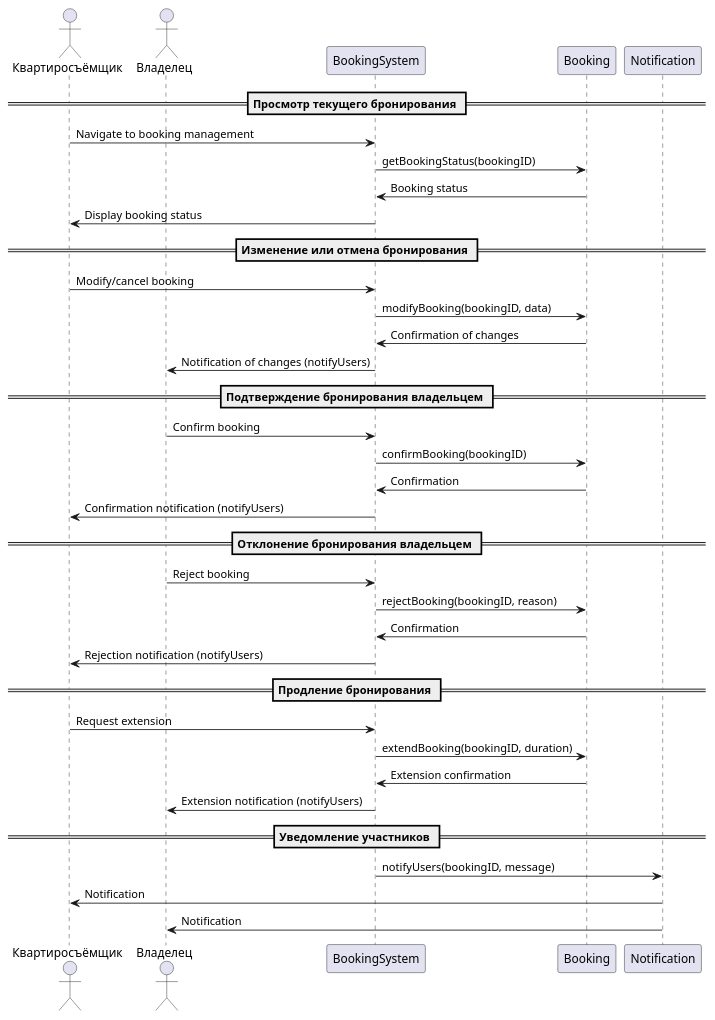
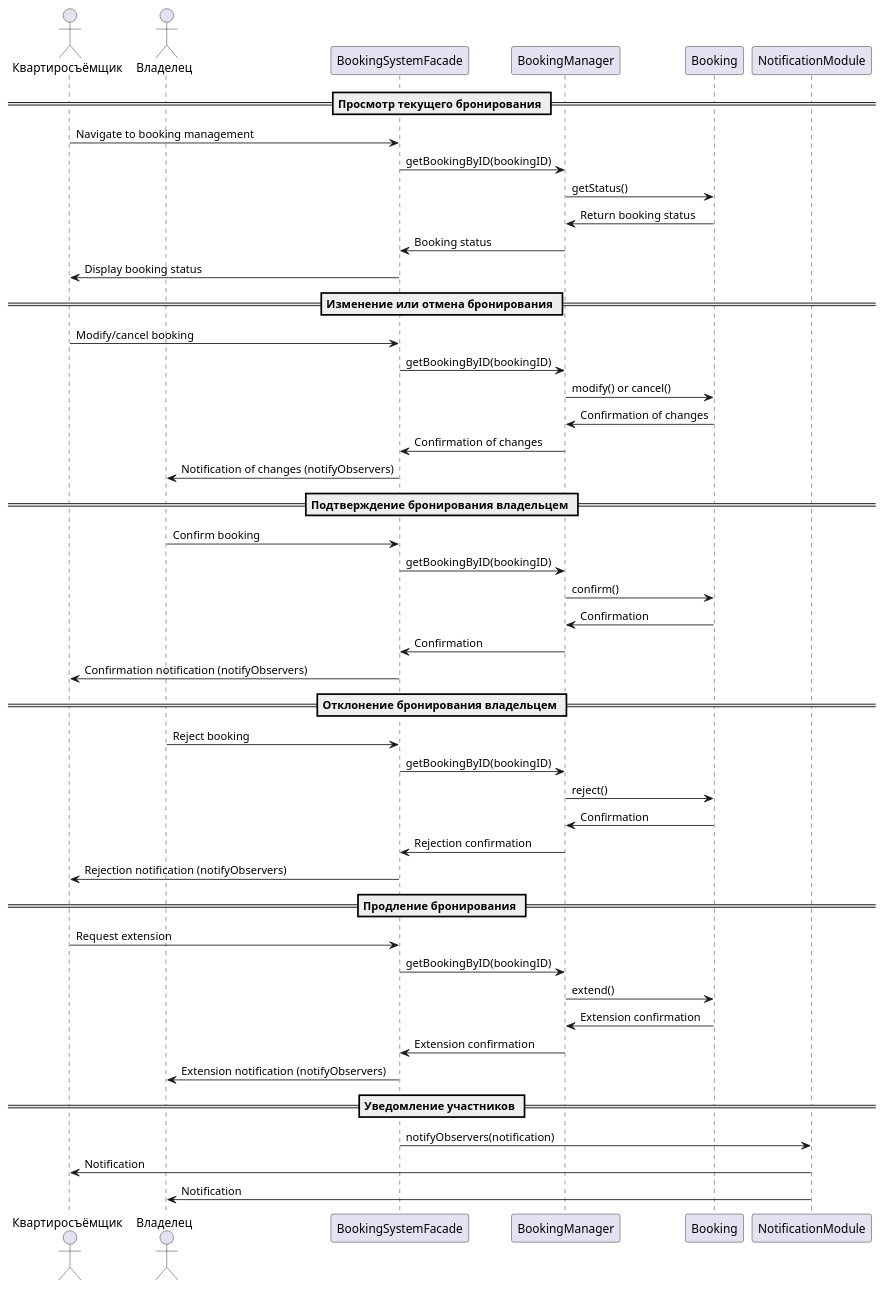
One commit to penamarth/bsbo-01-22_team4_var8 changed the diagram in precedents/BookingManagement/BookingManagementDiagramm.md. Above: the diagram before and after it, drawn with PlantUML. The commit also changed 2 other files, not shown here.

Commit message:
update booking precedent

````diff
--- a/precedents/BookingManagement/BookingManagementDiagramm.md
+++ b/precedents/BookingManagement/BookingManagementDiagramm.md
@@ -1,47 +1,59 @@
 ```plantuml
 
 @startuml
 actor Квартиросъёмщик
 actor Владелец
-participant "BookingSystem" as System
+participant "BookingSystemFacade" as System
+participant "BookingManager" as BookingManager
 participant "Booking" as Booking
-participant "Notification" as NotificationService
+participant "NotificationModule" as NotificationModule
 
 == Просмотр текущего бронирования ==
 Квартиросъёмщик -> System: Navigate to booking management
-System -> Booking: getBookingStatus(bookingID)
-Booking -> System: Booking status
+System -> BookingManager: getBookingByID(bookingID)
+BookingManager -> Booking: getStatus()
+Booking -> BookingManager: Return booking status
+BookingManager -> System: Booking status
 System -> Квартиросъёмщик: Display booking status
 
 == Изменение или отмена бронирования ==
 Квартиросъёмщик -> System: Modify/cancel booking
-System -> Booking: modifyBooking(bookingID, data)
-Booking -> System: Confirmation of changes
-System -> Владелец: Notification of changes (notifyUsers)
+System -> BookingManager: getBookingByID(bookingID)
+BookingManager -> Booking: modify() or cancel()
+Booking -> BookingManager: Confirmation of changes
+BookingManager -> System: Confirmation of changes
+System -> Владелец: Notification of changes (notifyObservers)
 
 == Подтверждение бронирования владельцем ==
 Владелец -> System: Confirm booking
-System -> Booking: confirmBooking(bookingID)
-Booking -> System: Confirmation
-System -> Квартиросъёмщик: Confirmation notification (notifyUsers)
+System -> BookingManager: getBookingByID(bookingID)
+BookingManager -> Booking: confirm()
+Booking -> BookingManager: Confirmation
+BookingManager -> System: Confirmation
+System -> Квартиросъёмщик: Confirmation notification (notifyObservers)
 
 == Отклонение бронирования владельцем ==
 Владелец -> System: Reject booking
-System -> Booking: rejectBooking(bookingID, reason)
-Booking -> System: Confirmation
-System -> Квартиросъёмщик: Rejection notification (notifyUsers)
+System -> BookingManager: getBookingByID(bookingID)
+BookingManager -> Booking: reject()
+Booking -> BookingManager: Confirmation
+BookingManager -> System: Rejection confirmation
+System -> Квартиросъёмщик: Rejection notification (notifyObservers)
 
 == Продление бронирования ==
 Квартиросъёмщик -> System: Request extension
-System -> Booking: extendBooking(bookingID, duration)
-Booking -> System: Extension confirmation
-System -> Владелец: Extension notification (notifyUsers)
+System -> BookingManager: getBookingByID(bookingID)
+BookingManager -> Booking: extend()
+Booking -> BookingManager: Extension confirmation
+BookingManager -> System: Extension confirmation
+System -> Владелец: Extension notification (notifyObservers)
 
 == Уведомление участников ==
-System -> NotificationService: notifyUsers(bookingID, message)
-NotificationService -> Квартиросъёмщик: Notification
-NotificationService -> Владелец: Notification
+System -> NotificationModule: notifyObservers(notification)
+NotificationModule -> Квартиросъёмщик: Notification
+NotificationModule -> Владелец: Notification
 
 @enduml
 
+
 ```
````
